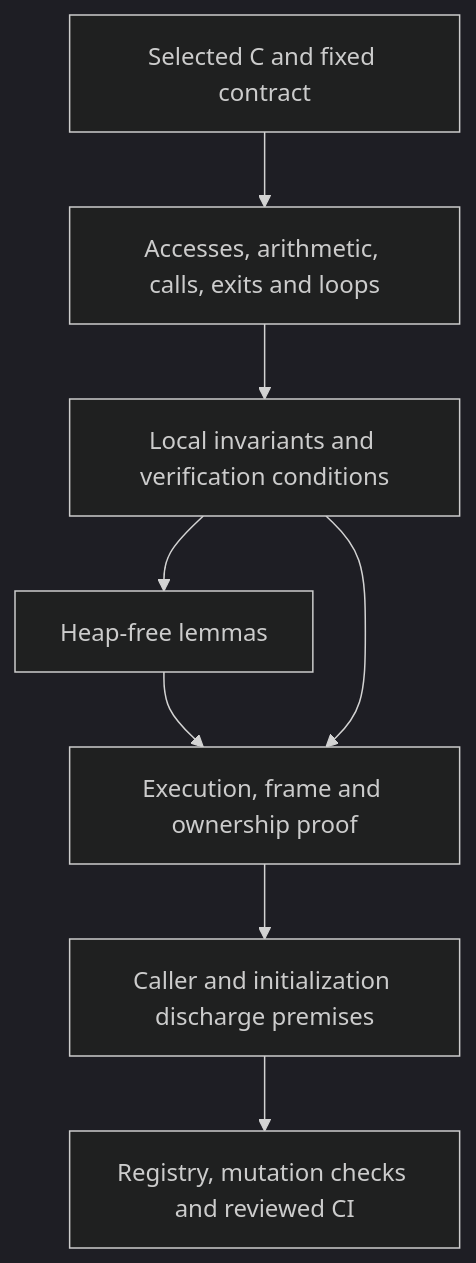
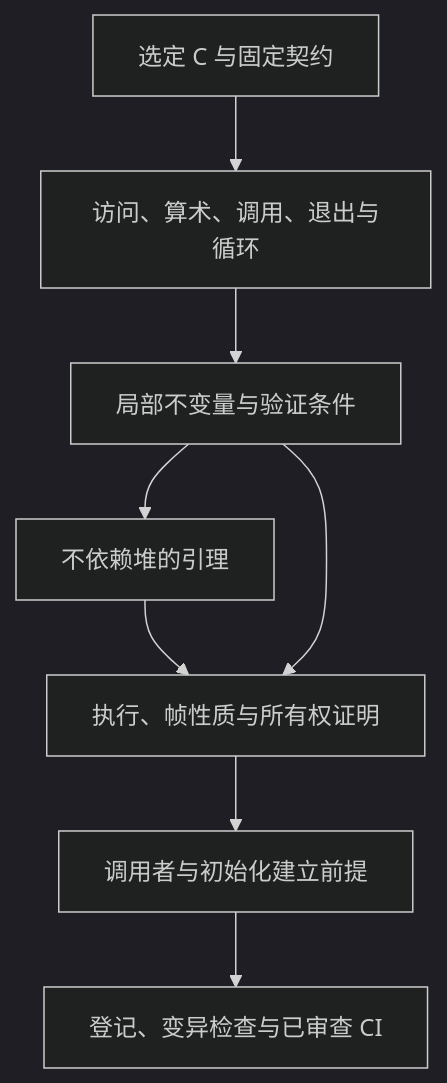
The first of 2 diagrams in site/translations/proof/method.zh.md (cla7aye15I4nd/zlib-f), drawn with Mermaid (dark theme) before and after one commit. The commit also changed other lines of this file and 61 other files, not shown here.

````diff
--- a/site/translations/proof/method.zh.md
+++ b/site/translations/proof/method.zh.md
@@ -20,10 +20,10 @@
 ```mermaid
 flowchart TD
-    Source["Selected C and fixed contract"] --> Hazards["Accesses, arithmetic, calls, exits and loops"]
-    Hazards --> Local["Local invariants and verification conditions"]
-    Local --> Math["Heap-free lemmas"]
-    Math --> Execution["Execution, frame and ownership proof"]
+    Source["选定 C 与固定契约"] --> Hazards["访问、算术、调用、退出与循环"]
+    Hazards --> Local["局部不变量与验证条件"]
+    Local --> Math["不依赖堆的引理"]
+    Math --> Execution["执行、帧性质与所有权证明"]
     Local --> Execution
-    Execution --> Init["Caller and initialization discharge premises"]
-    Init --> Acceptance["Registry, mutation checks and reviewed CI"]
+    Execution --> Init["调用者与初始化建立前提"]
+    Init --> Acceptance["登记、变异检查与已审查 CI"]
 ```
````
